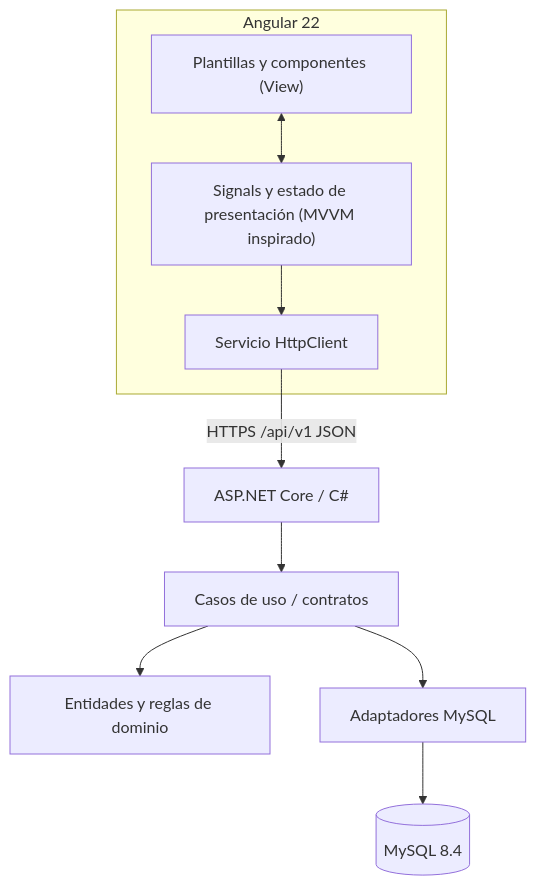
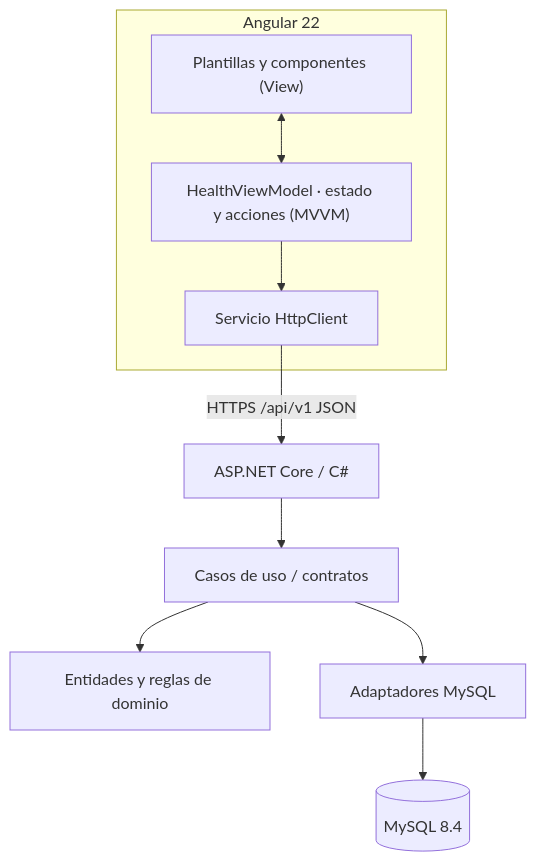
Before and after one commit to iokort/Follow-Motors: the diagram in docs/mvvm-y-arquitectura.md, drawn with Mermaid. The commit also changed other lines of this file and 9 other files, not shown here.

Commit message:
refactor(angular): aplicar MVVM con HealthViewModel separado de la vista

````diff
--- a/docs/mvvm-y-arquitectura.md
+++ b/docs/mvvm-y-arquitectura.md
@@ -7,15 +7,15 @@
 ```mermaid
 flowchart TB
   subgraph FE["Angular 22"]
     V["Plantillas y componentes (View)"]
-    VM["Signals y estado de presentación (MVVM inspirado)"]
+    VM["HealthViewModel · estado y acciones (MVVM)"]
     HTTP["Servicio HttpClient"]
     V <--> VM
     VM --> HTTP
   end
   HTTP -->|"HTTPS /api/v1 JSON"| API["ASP.NET Core / C#"]
   API --> CASE["Casos de uso / contratos"]
   CASE --> DOM["Entidades y reglas de dominio"]
   CASE --> REPO["Adaptadores MySQL"]
   REPO --> DB[("MySQL 8.4")]
 ```
````
